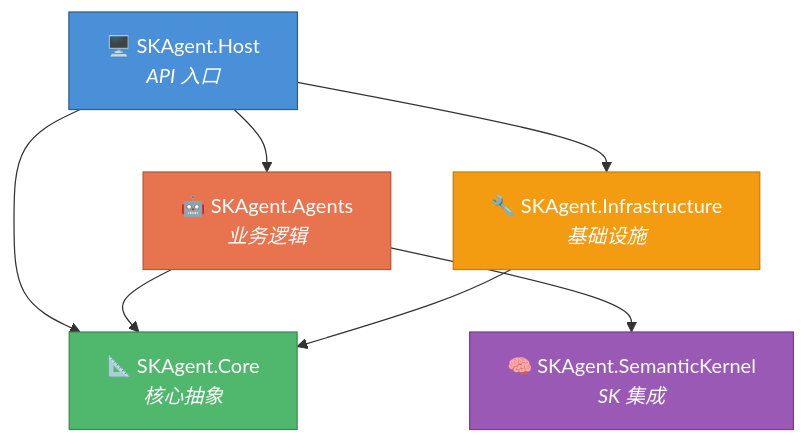
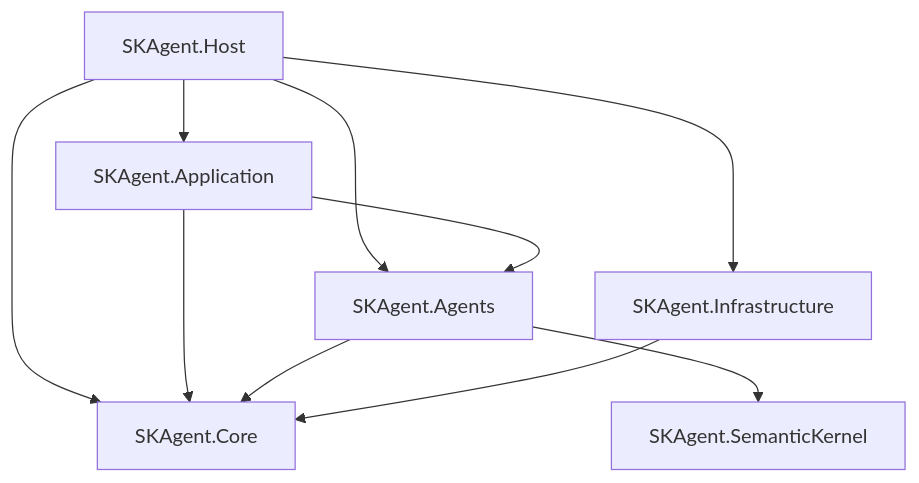
One commit to Cao-A-Ben/SkAgentSolution changed the first of 2 diagrams in Docs/Architecture - 解决方案架构与调用流程.md. Above: the diagram before and after it, drawn with Mermaid. The commit also changed other lines of this file and 99 other files, not shown here.

````diff
--- a/Docs/Architecture - 解决方案架构与调用流程.md
+++ b/Docs/Architecture - 解决方案架构与调用流程.md
@@ -18,21 +21,22 @@
 ```mermaid
 graph TD
-    Host["🖥️ SKAgent.Host<br/><i>API 入口</i>"]
-    Core["📐 SKAgent.Core<br/><i>核心抽象</i>"]
-    Agents["🤖 SKAgent.Agents<br/><i>业务逻辑</i>"]
-    SK["🧠 SKAgent.SemanticKernel<br/><i>SK 集成</i>"]
-    Infra["🔧 SKAgent.Infrastructure<br/><i>基础设施</i>"]
+    Host[SKAgent.Host]
+    App[SKAgent.Application]
+    Agents[SKAgent.Agents]
+    Core[SKAgent.Core]
+    Infra[SKAgent.Infrastructure]
+    SK[SKAgent.SemanticKernel]
 
-    Host --> Core
+    Host --> App
     Host --> Agents
     Host --> Infra
+    Host --> Core
+
+    App --> Core
+    App --> Agents
+
     Agents --> Core
     Agents --> SK
+
     Infra --> Core
-
-    style Host fill:#4A90D9,stroke:#2C5F8A,color:#fff
-    style Agents fill:#E8744F,stroke:#B85636,color:#fff
-    style Core fill:#50B86C,stroke:#3A8A50,color:#fff
-    style SK fill:#9B59B6,stroke:#7D3C98,color:#fff
-    style Infra fill:#F39C12,stroke:#C67F0E,color:#fff
 ```
````
